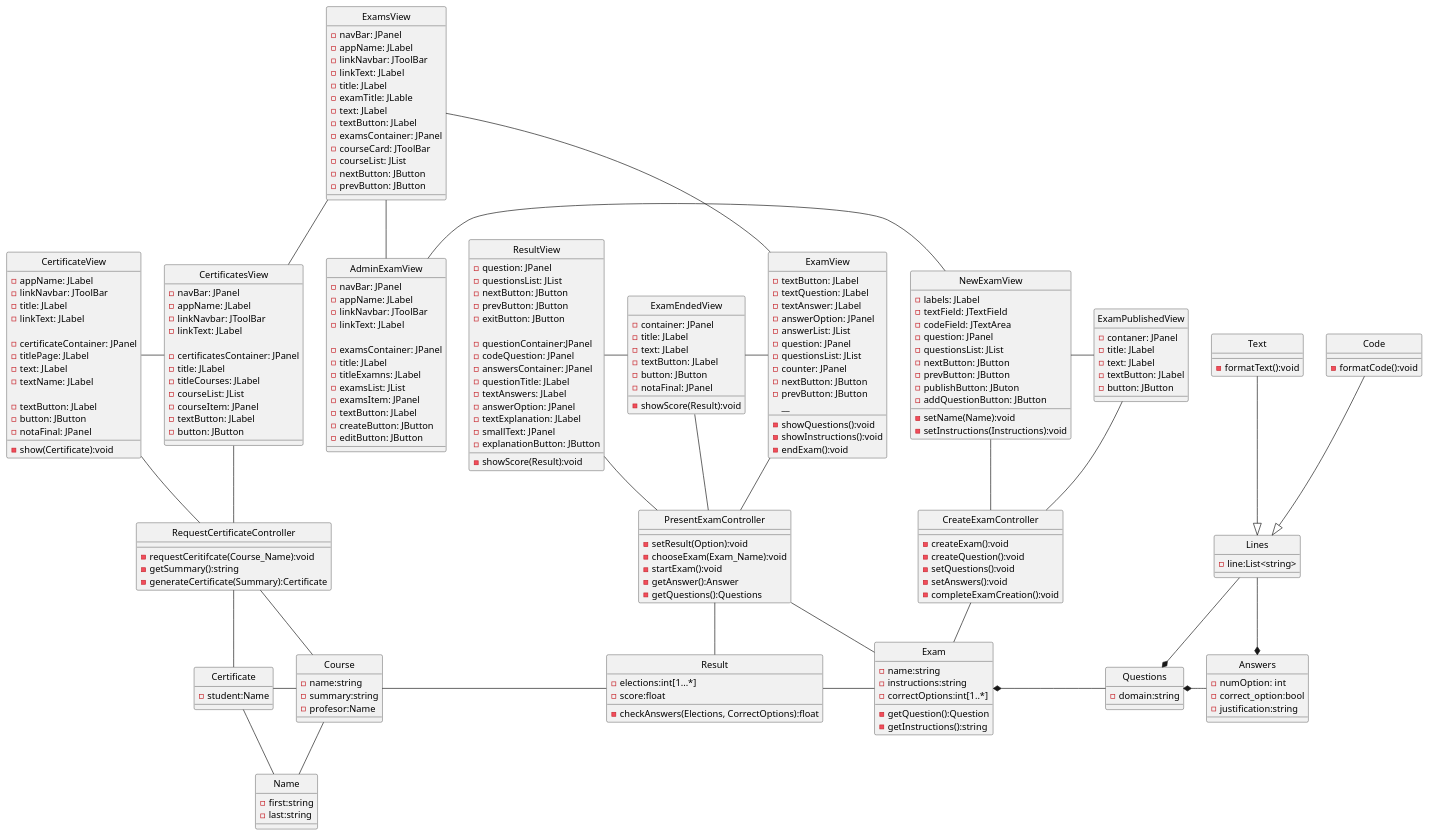
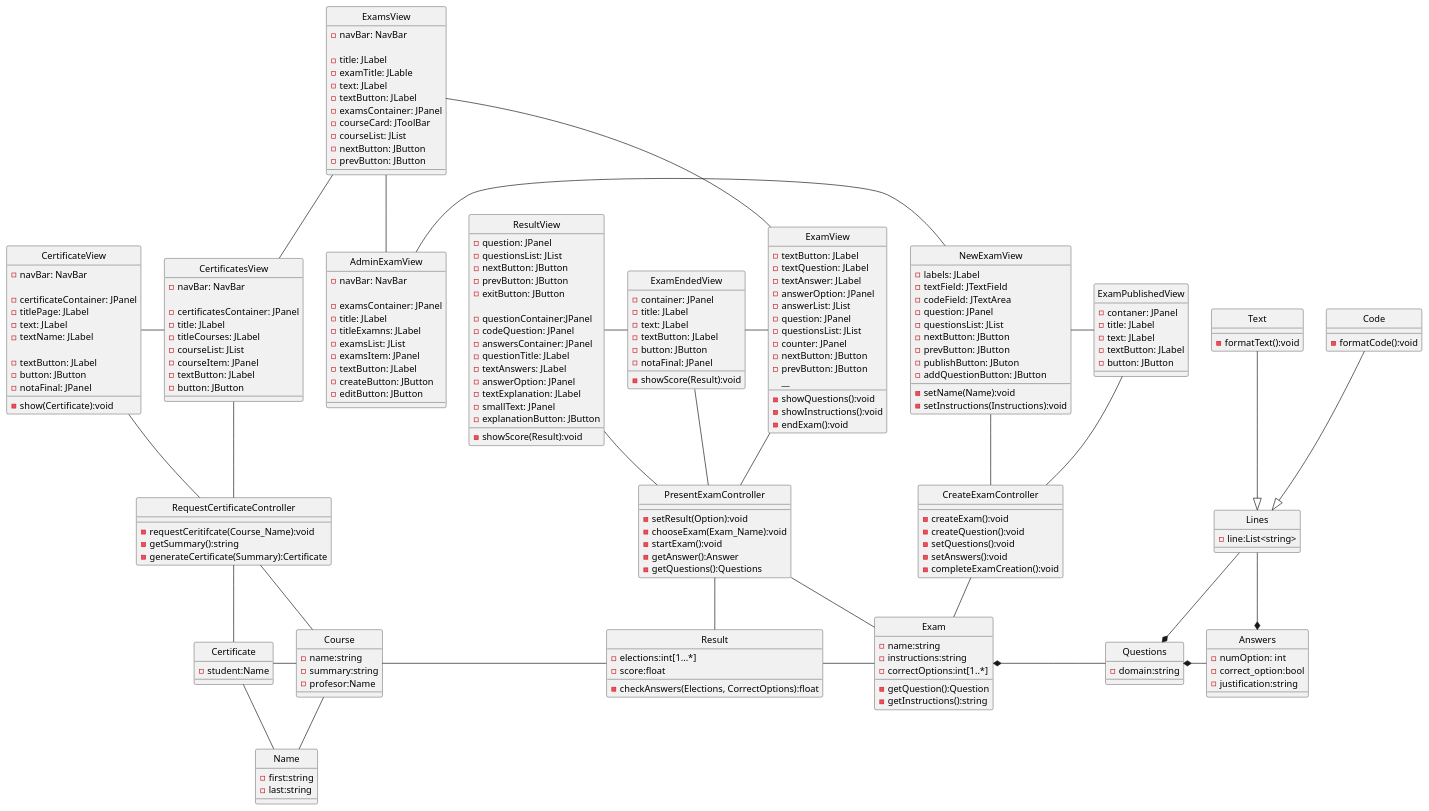
One commit to TheSProyect/Proyecto-IS-Grupo-1 changed the diagram in docs/logicalView/desingView/classDesign/Design-ClassDiagram.plantuml. Above: the diagram before and after it, drawn with PlantUML. The commit also changed 1 other file, not shown here.

Commit message:
Se añadieron los componentes al diagrama de diseño del caso de uso crear examen

```diff
--- a/docs/logicalView/desingView/classDesign/Design-ClassDiagram.plantuml
+++ b/docs/logicalView/desingView/classDesign/Design-ClassDiagram.plantuml
@@ -1,12 +1,12 @@
 @startuml Design-ClassDiagram
 skinparam style strictuml
 
+
+
 ' Views
 class ExamsView { /' MisExamenes'/
-    -navBar: JPanel
-    -appName: JLabel
-    -linkNavbar: JToolBar
-    -linkText: JLabel
+    -navBar: NavBar
+    
     -title: JLabel
     -examTitle: JLable
     -text: JLabel
@@ -45,10 +45,7 @@
 -showScore(Result):void
 }
 class CertificatesView{ /' SolicitarCertificado'/
-    -navBar: JPanel
-    -appName: JLabel
-    -linkNavbar: JToolBar
-    -linkText: JLabel
+    -navBar: NavBar
 
     -certificatesContainer: JPanel
     -title: JLabel
@@ -60,10 +57,7 @@
 __
 }
 class CertificateView{ /' Certificado'/
-    -appName: JLabel
-    -linkNavbar: JToolBar
-    -title: JLabel
-    -linkText: JLabel
+    -navBar: NavBar
     
     -certificateContainer: JPanel
     -titlePage: JLabel
@@ -120,10 +114,7 @@
 __
 }
 class AdminExamView{ /' AdministradorExamenes'/
-    -navBar: JPanel
-    -appName: JLabel
-    -linkNavbar: JToolBar
-    -linkText: JLabel
+    -navBar: NavBar
 
     -examsContainer: JPanel
     -title: JLabel
@@ -134,6 +125,7 @@
     -createButton: JButton
     -editButton: JButton
 }
+
 
 ' Controllers
 class CreateExamController{
```
